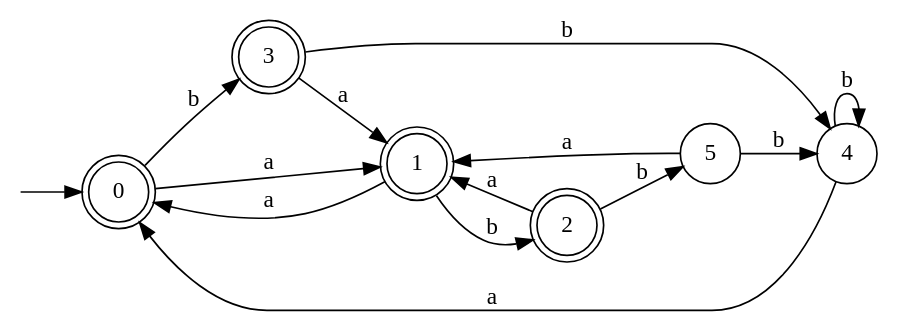
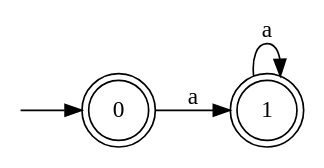
The diagram in img/other.dot (Vad3L/Automaton), drawn with Graphviz before and after one commit. The commit also changed 9 other files, not shown here.

```diff
--- a/img/other.dot
+++ b/img/other.dot
@@ -1,28 +1,12 @@
 digraph Automaton {
 	 rankdir=LR
 	n0[shape=none label="" height=0 width=0 ]
 	n0->0
 	0[shape=doublecircle]
 	1[shape=doublecircle]
-	2[shape=doublecircle]
-	3[shape=doublecircle]
 	node [shape = circle]
 	0
 	1
-	2
-	3
-	4
-	5
 	0 -> 1 [label="a"]
-	0 -> 3 [label="b"]
-	1 -> 0 [label="a"]
-	1 -> 2 [label="b"]
-	2 -> 1 [label="a"]
-	2 -> 5 [label="b"]
-	3 -> 1 [label="a"]
-	3 -> 4 [label="b"]
-	4 -> 0 [label="a"]
-	4 -> 4 [label="b"]
-	5 -> 1 [label="a"]
-	5 -> 4 [label="b"]
+	1 -> 1 [label="a"]
 }
```
